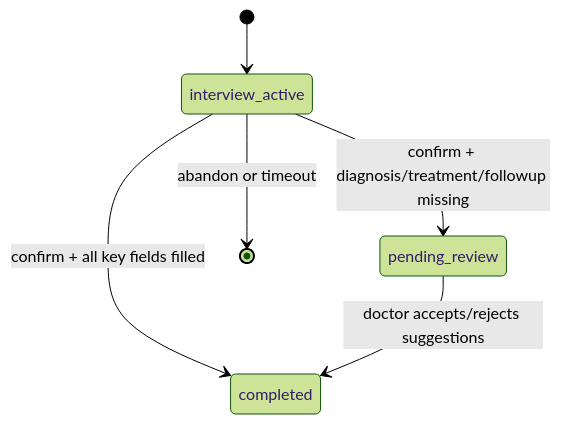
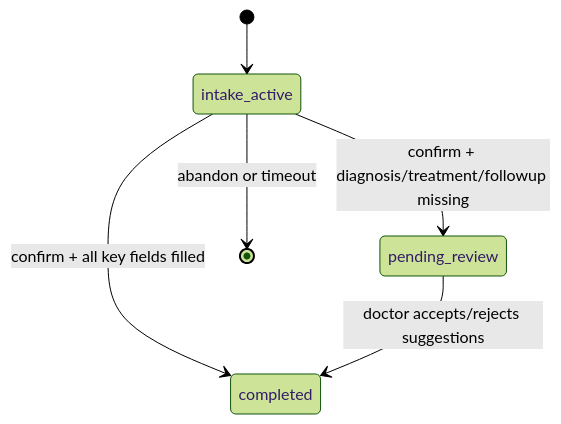
Before and after one commit to moments8890/doctor-ai-agent: the eighth of 11 diagrams in docs/architecture.md, drawn with Mermaid (forest theme). The commit also changed other lines of this file and 337 other files, not shown here.

````diff
--- a/docs/architecture.md
+++ b/docs/architecture.md
@@ -431,9 +431,9 @@
 ```mermaid
 stateDiagram-v2
-    [*] --> interview_active
-    interview_active --> completed : confirm + all key fields filled
-    interview_active --> pending_review : confirm + diagnosis/treatment/followup missing
-    interview_active --> [*] : abandon or timeout
+    [*] --> intake_active
+    intake_active --> completed : confirm + all key fields filled
+    intake_active --> pending_review : confirm + diagnosis/treatment/followup missing
+    intake_active --> [*] : abandon or timeout
 
     pending_review --> completed : doctor accepts/rejects suggestions
 ```
````
